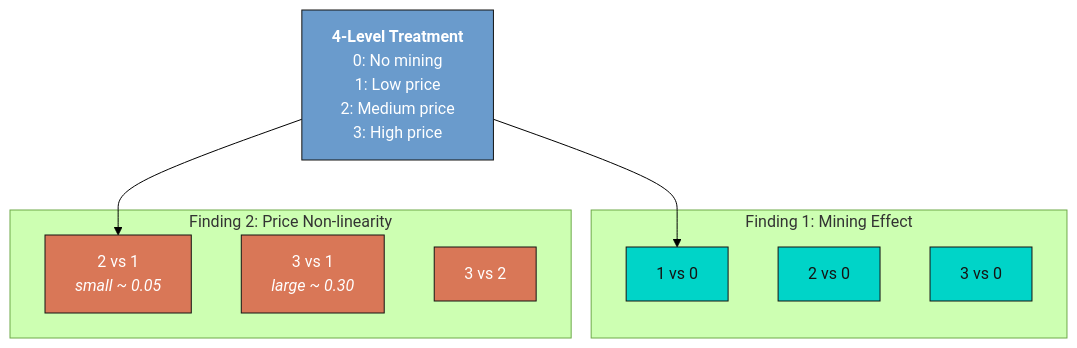
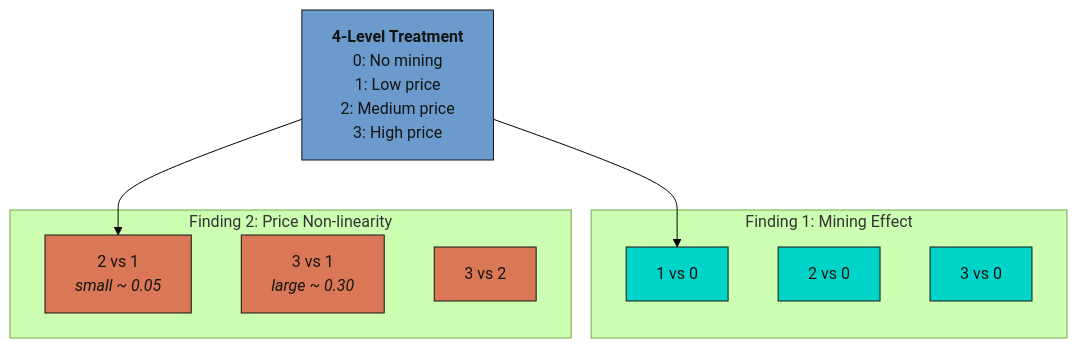
Before and after one commit to cmg777/starter-academic-v501: the third of 3 diagrams in content/post/stata_cate2/index.md, drawn with Mermaid (forest theme). The commit also changed other lines of this file and 67 other files, not shown here.

First line of the commit message:
fix(mermaid): readable diagram text in both themes across the site

````diff
--- a/content/post/stata_cate2/index.md
+++ b/content/post/stata_cate2/index.md
@@ -530,23 +530,23 @@
 ```mermaid
 graph TD
     T["<b>4-Level Treatment</b><br/>0: No mining<br/>1: Low price<br/>2: Medium price<br/>3: High price"]:::data
 
     subgraph F1["Finding 1: Mining Effect"]
         C10["1 vs 0"]:::f1
         C20["2 vs 0"]:::f1
         C30["3 vs 0"]:::f1
     end
 
     subgraph F2["Finding 2: Price Non-linearity"]
         C21["2 vs 1<br/><i>small ~ 0.05</i>"]:::f2
         C31["3 vs 1<br/><i>large ~ 0.30</i>"]:::f2
         C32["3 vs 2"]:::f2
     end
 
     T --> C10
     T --> C21
 
-    classDef data fill:#6a9bcc,stroke:#141413,color:#fff
+    classDef data fill:#6a9bcc,stroke:#141413,color:#141413
     classDef f1 fill:#00d4c8,stroke:#141413,color:#141413
-    classDef f2 fill:#d97757,stroke:#141413,color:#fff
+    classDef f2 fill:#d97757,stroke:#141413,color:#141413
 ```
````
